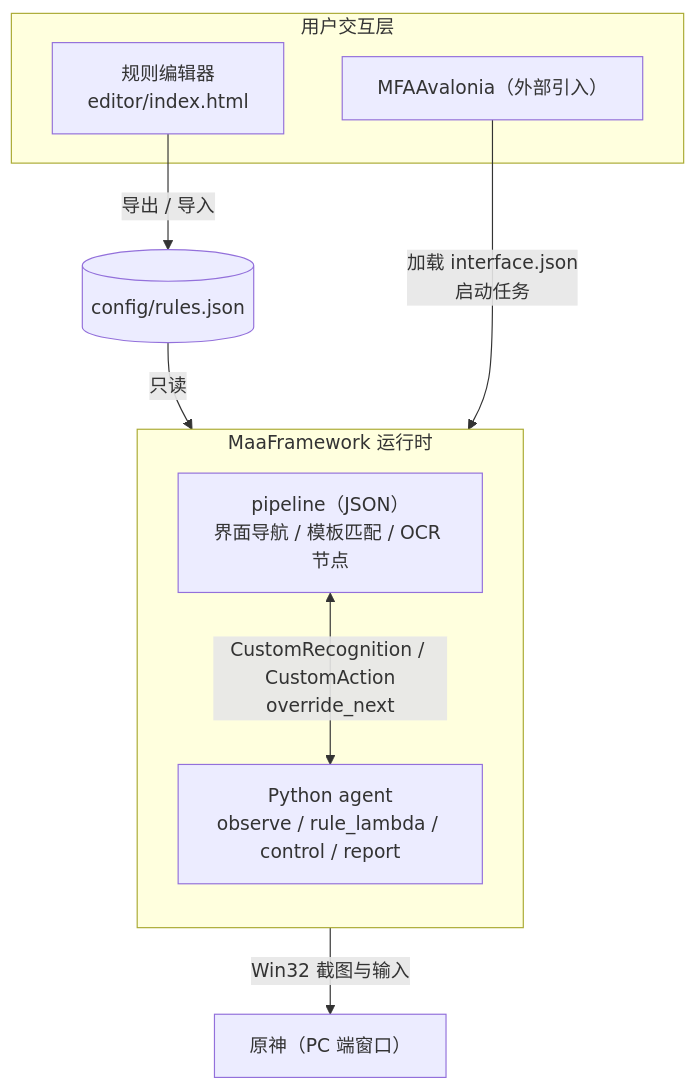
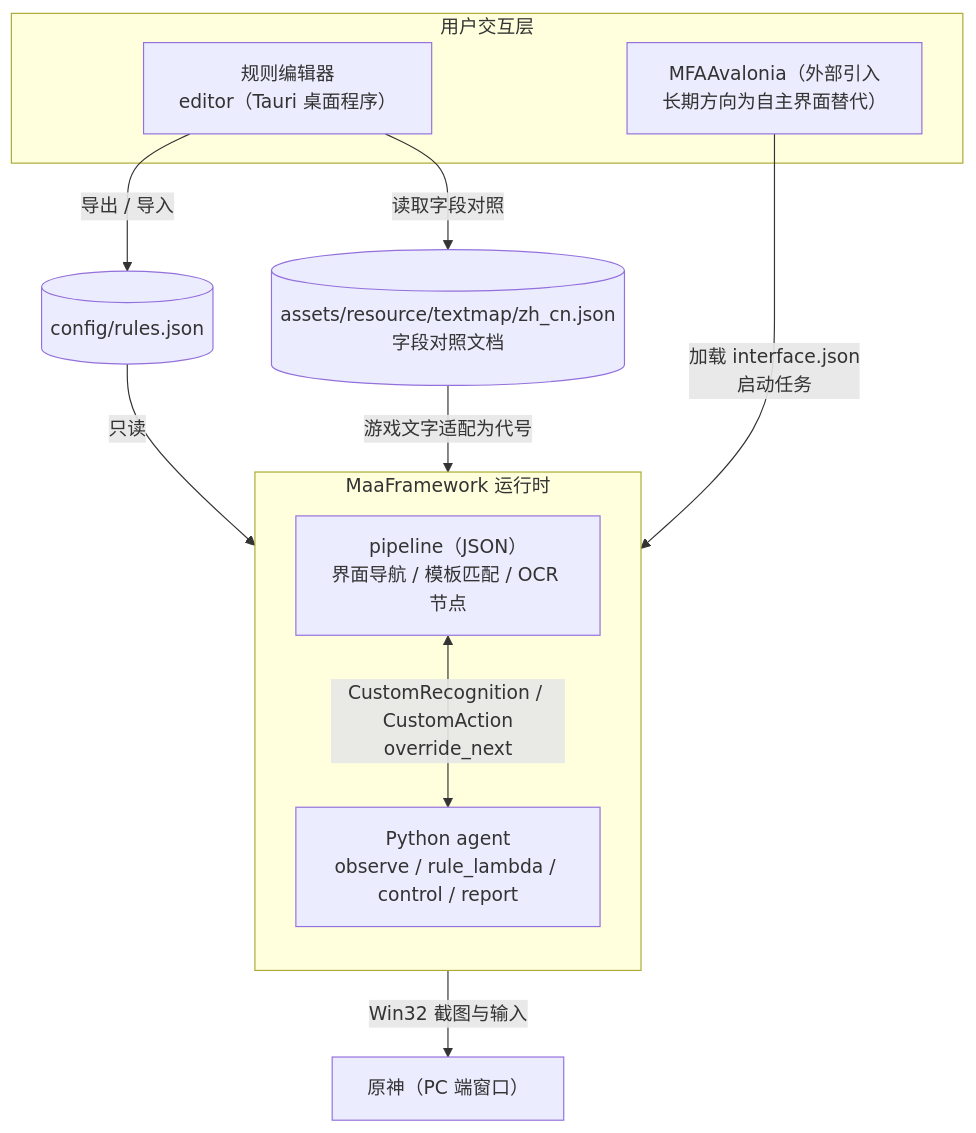
The first of 2 diagrams in docs/superpowers/specs/2026-08-28-auto-grade-up-design.md (huanshang141/Auto-Grade-Up), drawn with Mermaid before and after one commit. The commit also changed other lines of this file and 3 other files, not shown here.

````diff
--- a/docs/superpowers/specs/2026-08-28-auto-grade-up-design.md
+++ b/docs/superpowers/specs/2026-08-28-auto-grade-up-design.md
@@ -41,22 +41,25 @@
 ```mermaid
 flowchart TB
     subgraph user["用户交互层"]
-        MFA["MFAAvalonia（外部引入）"]
-        EDITOR["规则编辑器<br/>editor/index.html"]
+        MFA["MFAAvalonia（外部引入<br/>长期方向为自主界面替代）"]
+        EDITOR["规则编辑器<br/>editor（Tauri 桌面程序）"]
     end
 
     subgraph rt["MaaFramework 运行时"]
         direction TB
         PIPE["pipeline（JSON）<br/>界面导航 / 模板匹配 / OCR 节点"]
         AGENT["Python agent<br/>observe / rule_lambda / control / report"]
     end
 
     RULES[("config/rules.json")]
+    TEXTMAP[("assets/resource/textmap/zh_cn.json<br/>字段对照文档")]
     GAME["原神（PC 端窗口）"]
 
     EDITOR -->|"导出 / 导入"| RULES
+    EDITOR -->|"读取字段对照"| TEXTMAP
     RULES -->|"只读"| AGENT
+    TEXTMAP -->|"游戏文字适配为代号"| AGENT
     MFA -->|"加载 interface.json<br/>启动任务"| rt
     PIPE <-->|"CustomRecognition / CustomAction<br/>override_next"| AGENT
     rt -->|"Win32 截图与输入"| GAME
 ```
````
